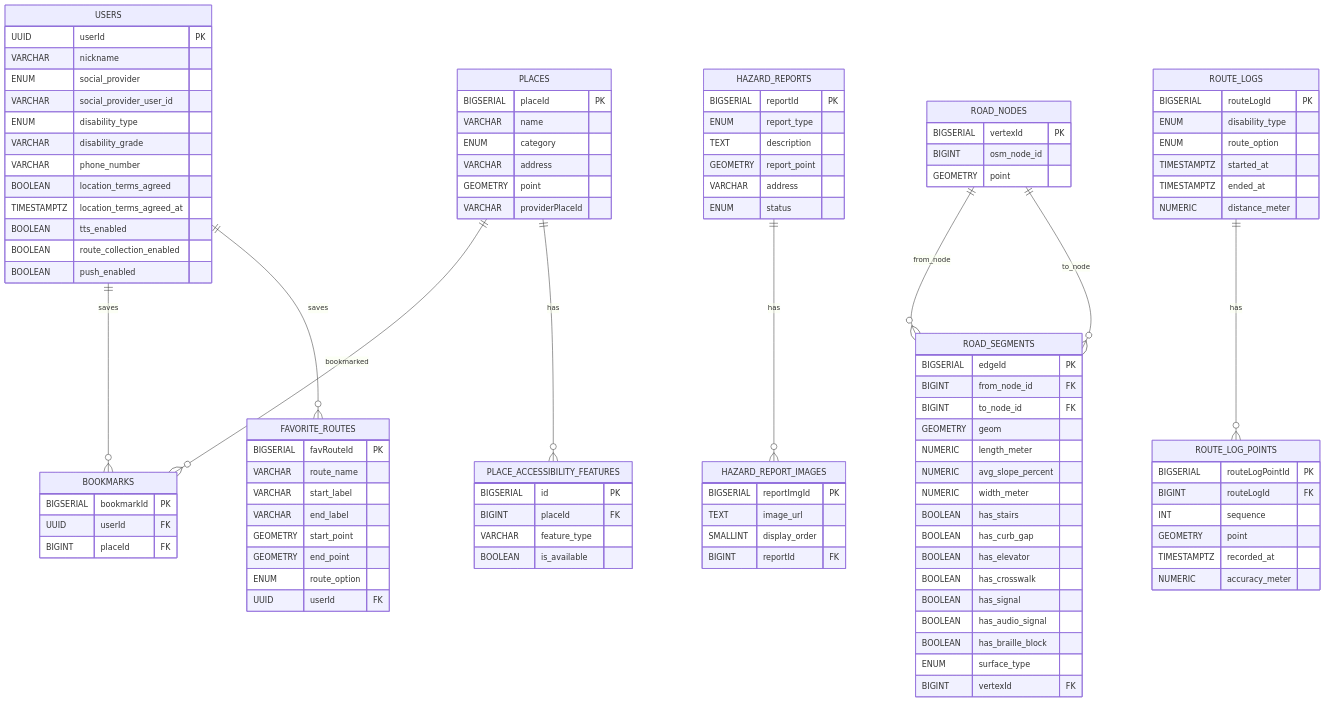
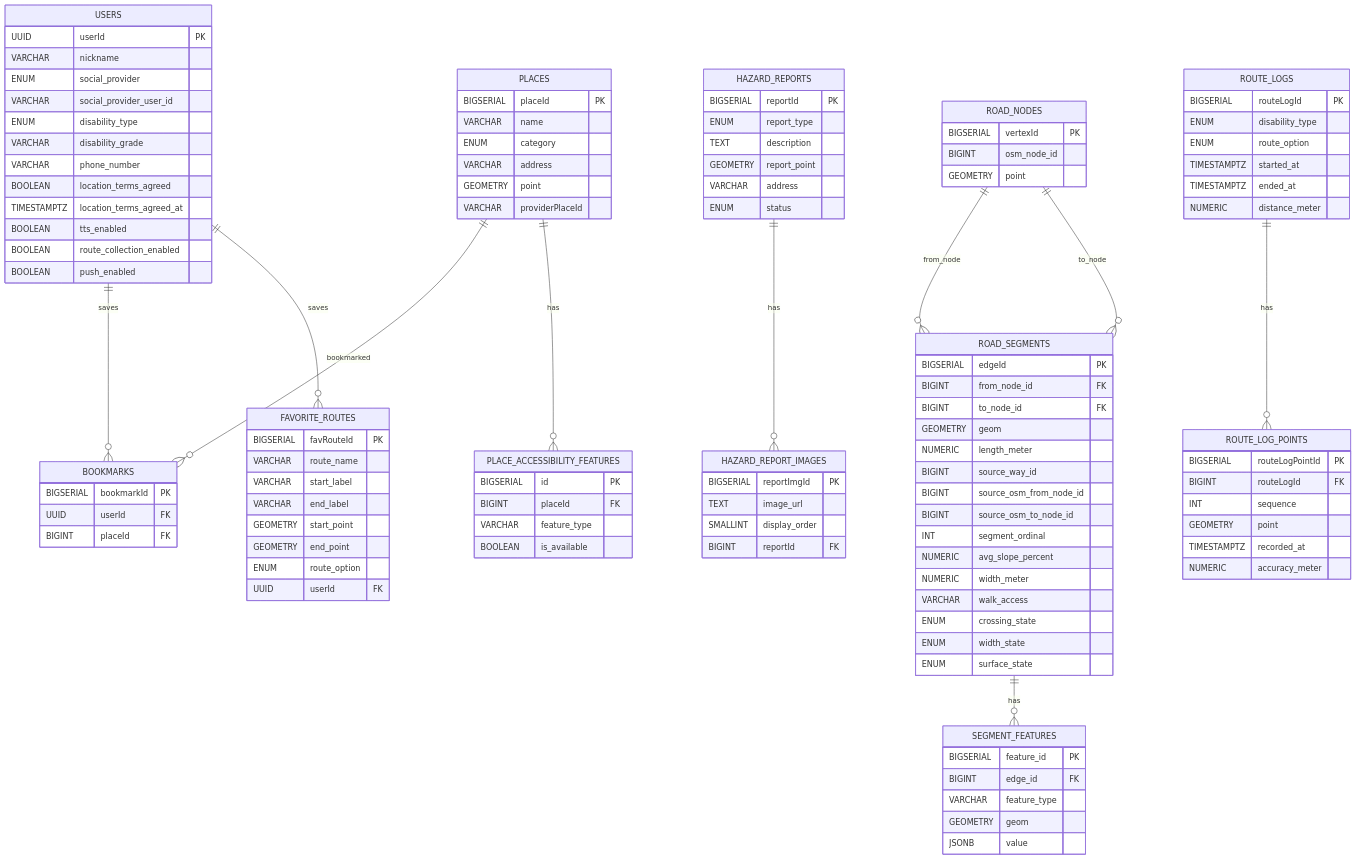
The diagram in docs/ARD/erd.md (Jang4360/ieumgil-poc-v0), drawn with Mermaid before and after one commit. The commit also changed other lines of this file and 85 other files, not shown here.

```diff
--- a/docs/ARD/erd.md
+++ b/docs/ARD/erd.md
@@ -64,6 +65,7 @@
 
     ROAD_NODES ||--o{ ROAD_SEGMENTS : from_node
     ROAD_NODES ||--o{ ROAD_SEGMENTS : to_node
+    ROAD_SEGMENTS ||--o{ SEGMENT_FEATURES : has
     ROUTE_LOGS ||--o{ ROUTE_LOG_POINTS : has
 
     USERS {
@@ -142,17 +144,24 @@
         BIGINT to_node_id FK
         GEOMETRY geom
         NUMERIC length_meter
+        BIGINT source_way_id
+        BIGINT source_osm_from_node_id
+        BIGINT source_osm_to_node_id
+        INT segment_ordinal
         NUMERIC avg_slope_percent
         NUMERIC width_meter
-        BOOLEAN has_stairs
-        BOOLEAN has_curb_gap
-        BOOLEAN has_elevator
-        BOOLEAN has_crosswalk
-        BOOLEAN has_signal
-        BOOLEAN has_audio_signal
-        BOOLEAN has_braille_block
-        ENUM surface_type
-        BIGINT vertexId FK
+        VARCHAR walk_access
+        ENUM crossing_state
+        ENUM width_state
+        ENUM surface_state
+    }
+
+    SEGMENT_FEATURES {
+        BIGSERIAL feature_id PK
+        BIGINT edge_id FK
+        VARCHAR feature_type
+        GEOMETRY geom
+        JSONB value
     }
 
     ROUTE_LOGS {
```
